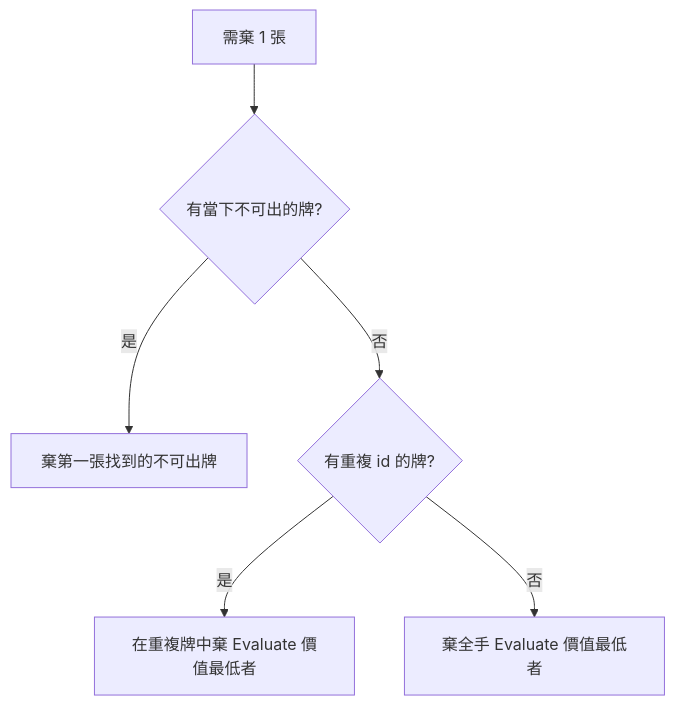
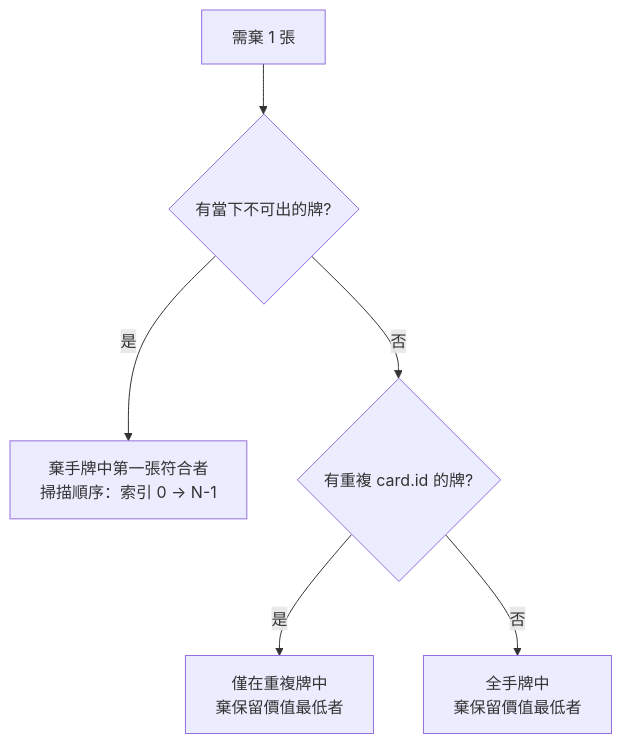
The fourth of 6 diagrams in ENEMY_AI_DECISION_TREE.md (Minoru1017/card_game), drawn with Mermaid before and after one commit. The commit also changed other lines of this file and 296 other files, not shown here.

````diff
--- a/ENEMY_AI_DECISION_TREE.md
+++ b/ENEMY_AI_DECISION_TREE.md
@@ -220,8 +222,8 @@
 ```mermaid
 flowchart TD
     A[需棄 1 張] --> B{有當下不可出的牌?}
-    B -->|是| C[棄第一張找到的不可出牌]
-    B -->|否| D{有重複 id 的牌?}
-    D -->|是| E[在重複牌中棄 Evaluate 價值最低者]
-    D -->|否| F[棄全手 Evaluate 價值最低者]
+    B -->|是| C[棄手牌中第一張符合者<br/>掃描順序：索引 0 → N-1]
+    B -->|否| D{有重複 card.id 的牌?}
+    D -->|是| E[僅在重複牌中<br/>棄保留價值最低者]
+    D -->|否| F[全手牌中<br/>棄保留價值最低者]
 ```
````
